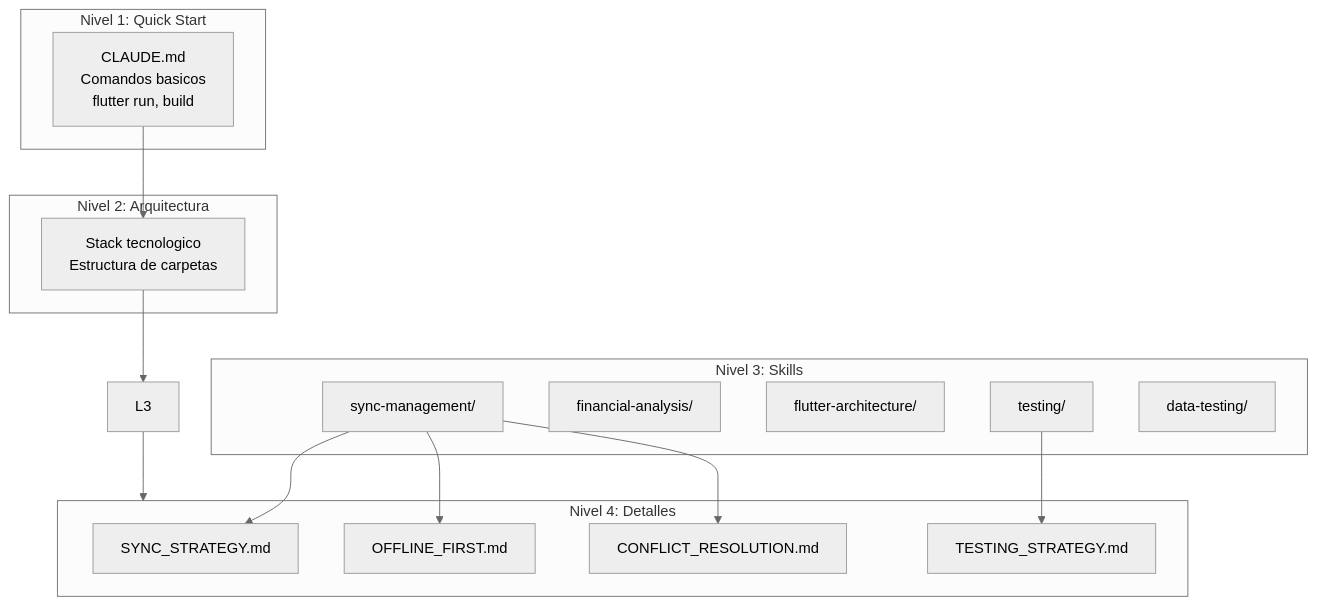
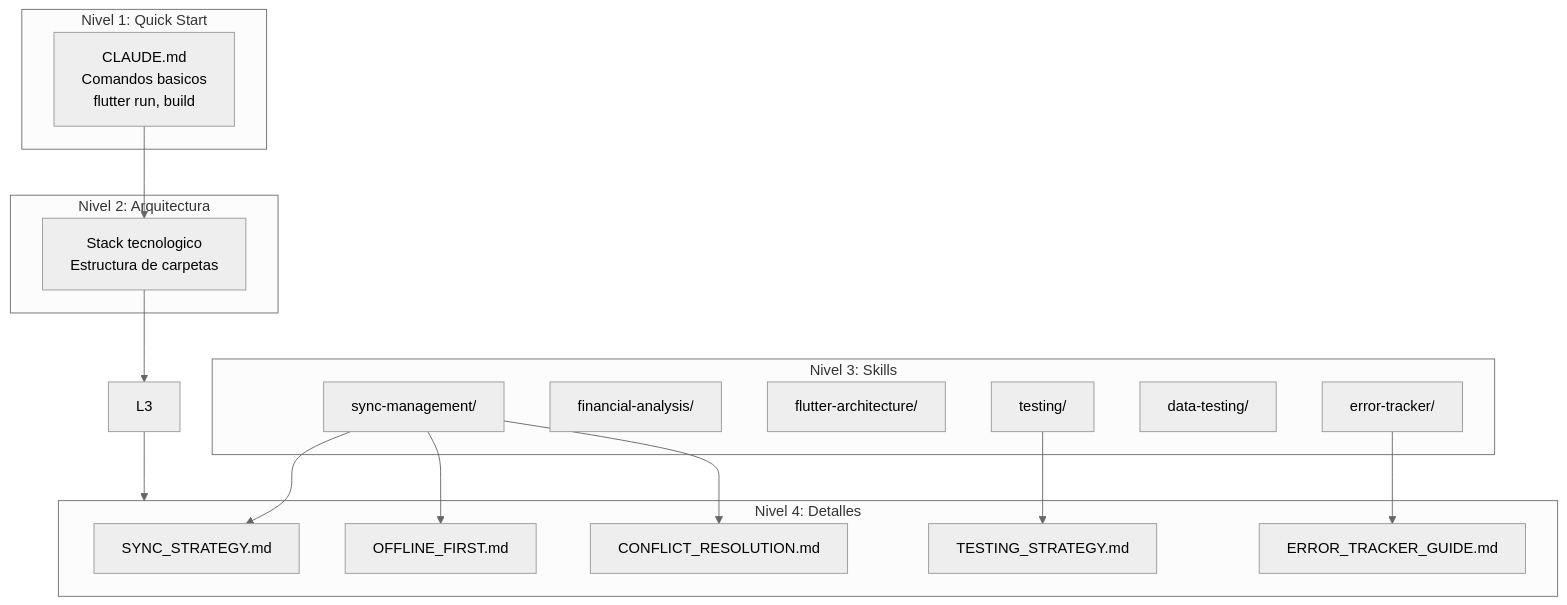
Before and after one commit to alvaretto/finanzasfamilia: the ninth of 14 diagrams in docs/CLAUDE_WORKFLOW.md, drawn with Mermaid (neutral theme). The commit also changed other lines of this file and 3 other files, not shown here.

First line of the commit message:
docs: actualizar documentación con sistema de error-tracker

````diff
--- a/docs/CLAUDE_WORKFLOW.md
+++ b/docs/CLAUDE_WORKFLOW.md
@@ -232,33 +403,36 @@
 ```mermaid
 flowchart TB
     subgraph Level1["Nivel 1: Quick Start"]
         L1[CLAUDE.md<br/>Comandos basicos<br/>flutter run, build]
     end
 
     subgraph Level2["Nivel 2: Arquitectura"]
         L2[Stack tecnologico<br/>Estructura de carpetas]
     end
 
     subgraph Level3["Nivel 3: Skills"]
         S1[sync-management/]
         S2[financial-analysis/]
         S3[flutter-architecture/]
         S4[testing/]
         S5[data-testing/]
+        S6[error-tracker/]
     end
 
     subgraph Level4["Nivel 4: Detalles"]
         D1[SYNC_STRATEGY.md]
         D2[OFFLINE_FIRST.md]
         D3[CONFLICT_RESOLUTION.md]
         D4[TESTING_STRATEGY.md]
+        D5[ERROR_TRACKER_GUIDE.md]
     end
 
     L1 --> L2
     L2 --> L3
     L3 --> Level4
     S1 --> D1
     S1 --> D2
     S1 --> D3
     S4 --> D4
+    S6 --> D5
 ```
````
